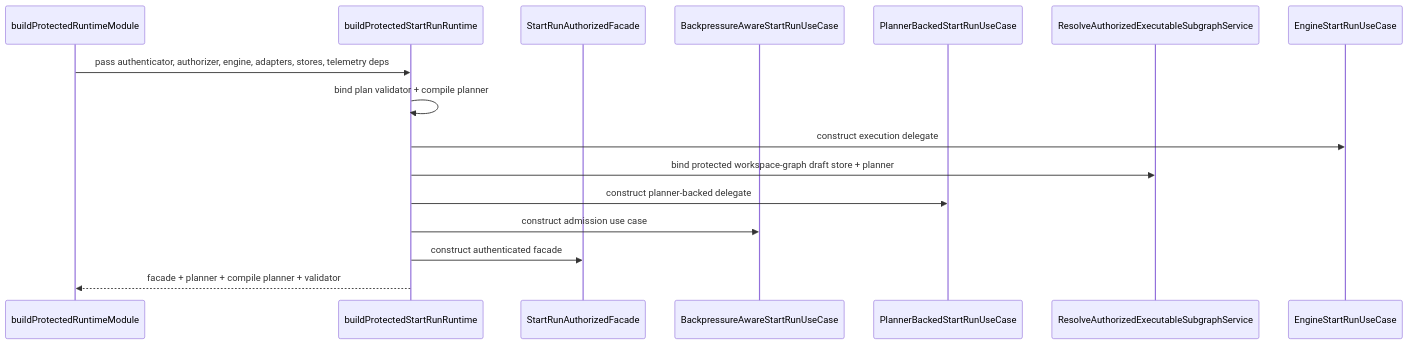
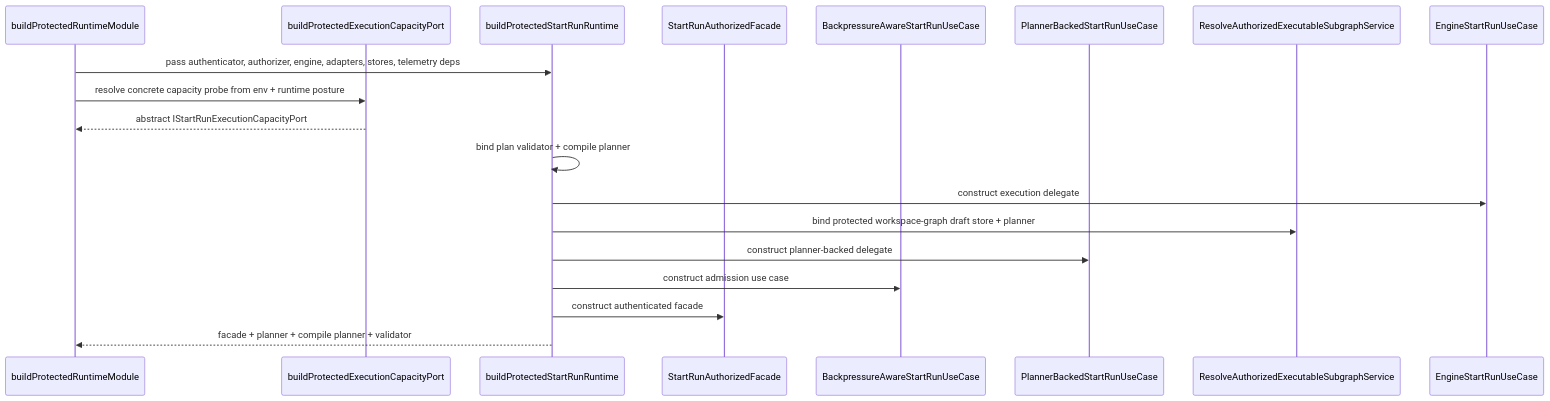
The second of 2 diagrams in apps/api/docs/start-run-runtime-composition-component.md (dunay2/dvt), drawn with Mermaid before and after one commit. The commit also changed other lines of this file and 17 other files, not shown here.

Commit message:
feat(api): Bind execution capacity through protected runtime root

````diff
--- a/apps/api/docs/start-run-runtime-composition-component.md
+++ b/apps/api/docs/start-run-runtime-composition-component.md
@@ -83,19 +92,22 @@
 ```mermaid
 sequenceDiagram
   participant Root as buildProtectedRuntimeModule
+  participant Binding as buildProtectedExecutionCapacityPort
   participant StartRun as buildProtectedStartRunRuntime
   participant Facade as StartRunAuthorizedFacade
   participant Admission as BackpressureAwareStartRunUseCase
   participant Planner as PlannerBackedStartRunUseCase
   participant Resolver as ResolveAuthorizedExecutableSubgraphService
   participant Engine as EngineStartRunUseCase
 
   Root->>StartRun: pass authenticator, authorizer, engine, adapters, stores, telemetry deps
+  Root->>Binding: resolve concrete capacity probe from env + runtime posture
+  Binding-->>Root: abstract IStartRunExecutionCapacityPort
   StartRun->>StartRun: bind plan validator + compile planner
   StartRun->>Engine: construct execution delegate
   StartRun->>Resolver: bind protected workspace-graph draft store + planner
   StartRun->>Planner: construct planner-backed delegate
   StartRun->>Admission: construct admission use case
   StartRun->>Facade: construct authenticated facade
   StartRun-->>Root: facade + planner + compile planner + validator
 ```
````
